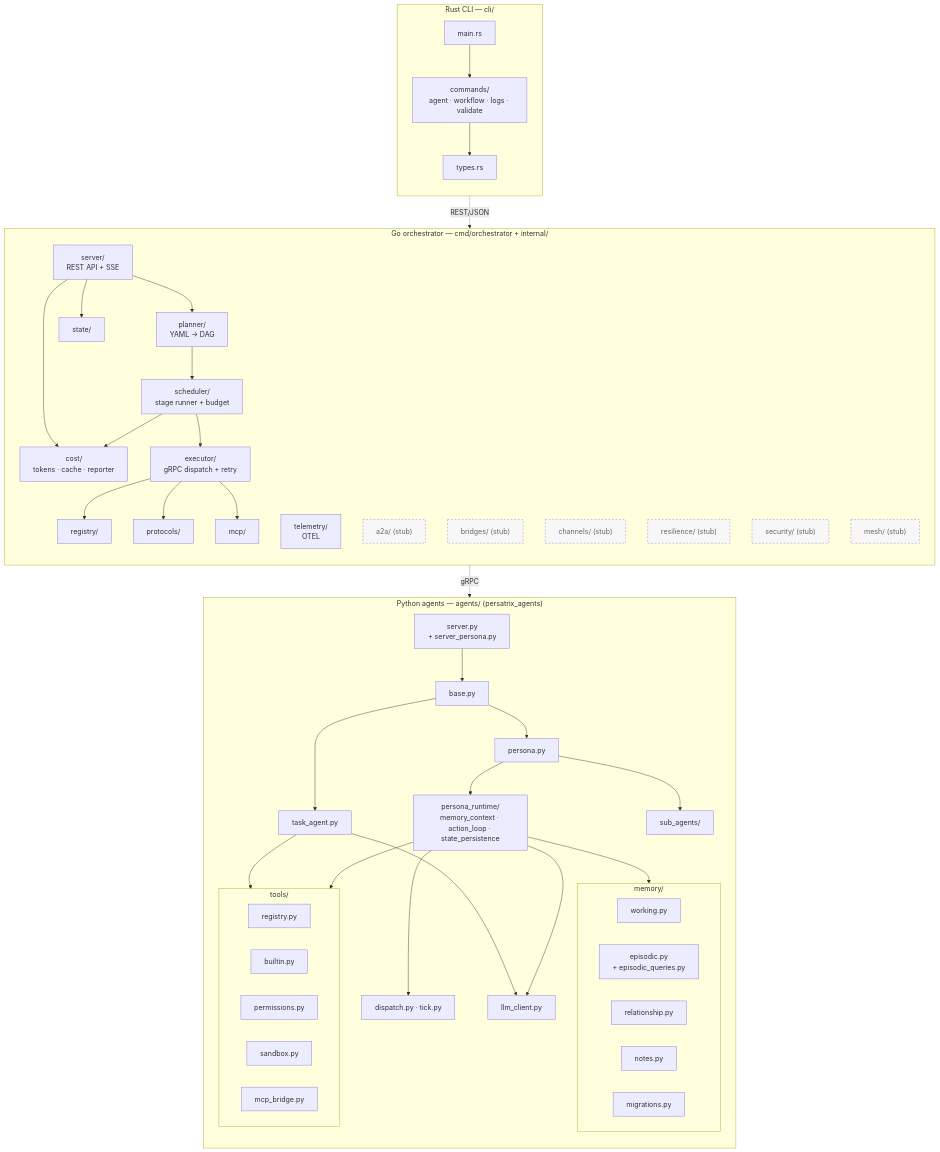
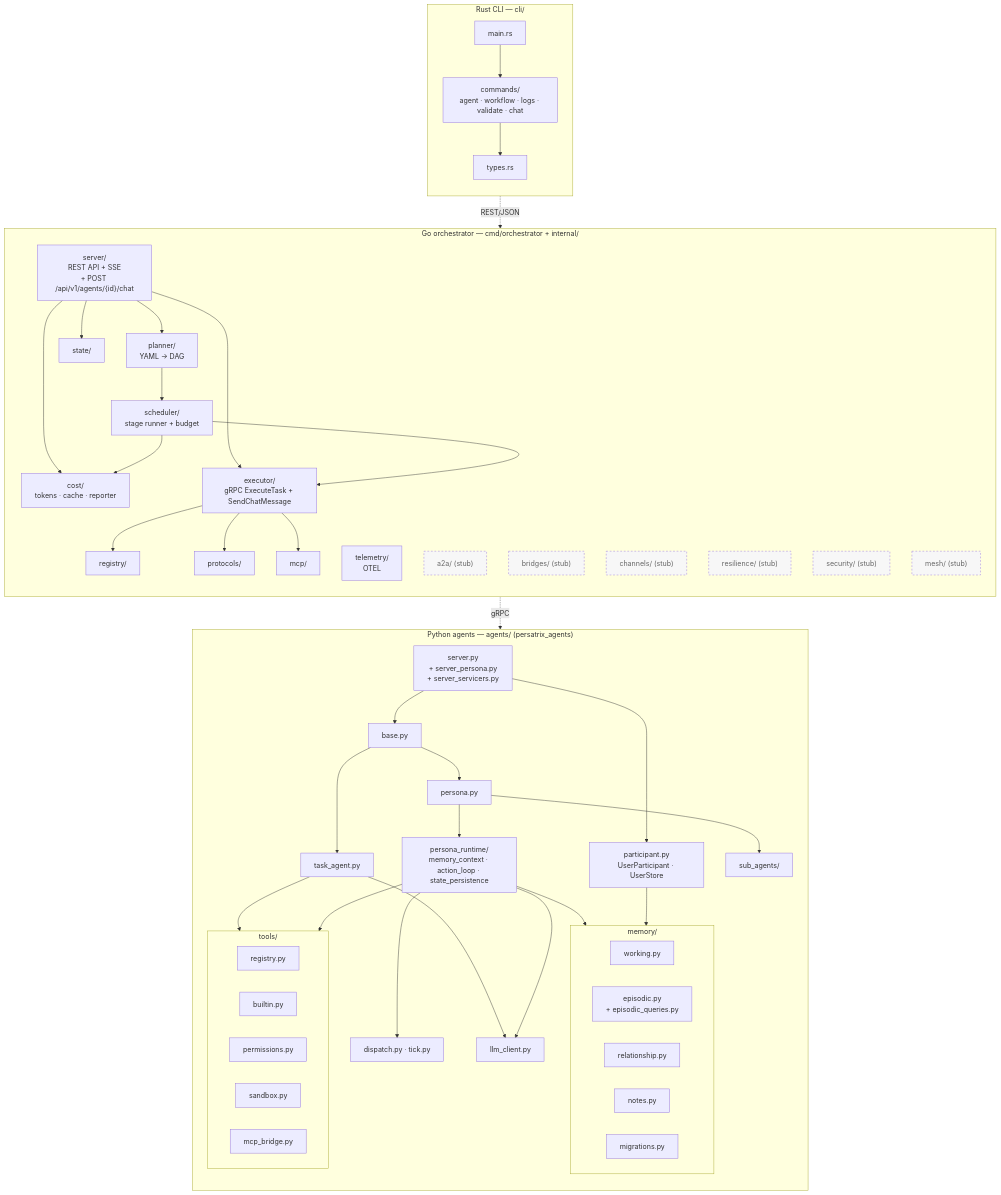
Before and after one commit to mkhomutov/Persatrix: the diagram in docs/diagrams/component-architecture.md, drawn with Mermaid. The commit also changed other lines of this file and 4 other files, not shown here.

First line of the commit message:
docs(diagrams): refresh architecture diagrams for v0.2.1 chat surface

```diff
--- a/docs/diagrams/component-architecture.md
+++ b/docs/diagrams/component-architecture.md
@@ -9,7 +9,7 @@
     subgraph Rust["Rust CLI — cli/"]
         direction TB
         MAIN["main.rs"]
-        CMD["commands/<br/>agent · workflow · logs · validate"]
+        CMD["commands/<br/>agent · workflow · logs · validate · chat"]
         TYPES["types.rs"]
         MAIN --> CMD
         CMD --> TYPES
@@ -17,10 +17,10 @@
 
     subgraph Go["Go orchestrator — cmd/orchestrator + internal/"]
         direction TB
-        SERVER["server/<br/>REST API + SSE"]
+        SERVER["server/<br/>REST API + SSE<br/>+ POST /api/v1/agents/{id}/chat"]
         PLANNER["planner/<br/>YAML → DAG"]
         SCHEDULER["scheduler/<br/>stage runner + budget"]
-        EXECUTOR["executor/<br/>gRPC dispatch + retry"]
+        EXECUTOR["executor/<br/>gRPC ExecuteTask + SendChatMessage"]
         REGISTRY["registry/"]
         STATE["state/"]
         COST["cost/<br/>tokens · cache · reporter"]
@@ -38,6 +38,7 @@
         SERVER --> PLANNER
         SERVER --> STATE
         SERVER --> COST
+        SERVER --> EXECUTOR
         PLANNER --> SCHEDULER
         SCHEDULER --> EXECUTOR
         SCHEDULER --> COST
@@ -48,10 +49,11 @@
 
     subgraph Py["Python agents — agents/ (persatrix_agents)"]
         direction TB
-        SRV["server.py<br/>+ server_persona.py"]
+        SRV["server.py<br/>+ server_persona.py<br/>+ server_servicers.py"]
         BASE["base.py"]
         TASK["task_agent.py"]
         PERSONA["persona.py"]
+        PART["participant.py<br/>UserParticipant · UserStore"]
         PRUNTIME["persona_runtime/<br/>memory_context · action_loop · state_persistence"]
         DISPATCH["dispatch.py · tick.py"]
         LLM["llm_client.py"]
@@ -74,6 +76,7 @@
         end
 
         SRV --> BASE
+        SRV --> PART
         BASE --> TASK
         BASE --> PERSONA
         PERSONA --> PRUNTIME
@@ -84,6 +87,7 @@
         TASK --> TOOLS
         PRUNTIME --> TOOLS
         PERSONA --> SUB
+        PART --> MEM
     end
 
     Rust -.->|REST/JSON| Go
```
